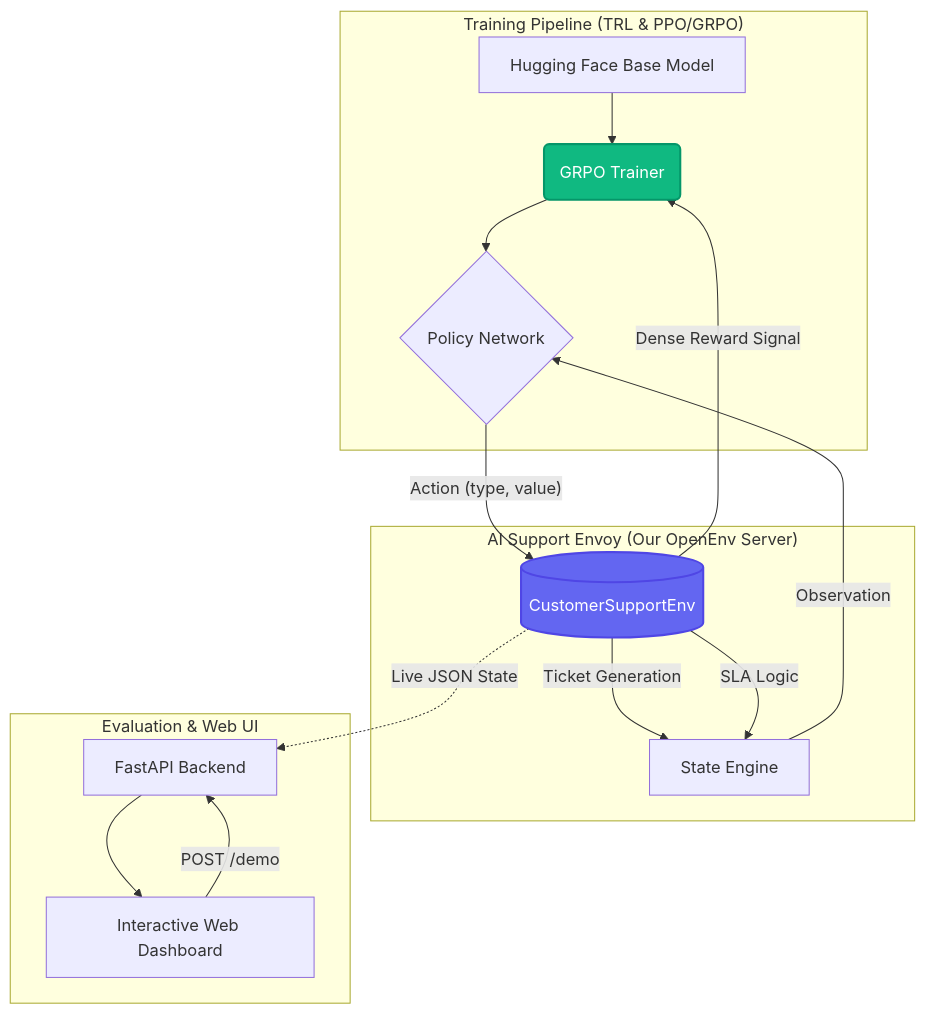
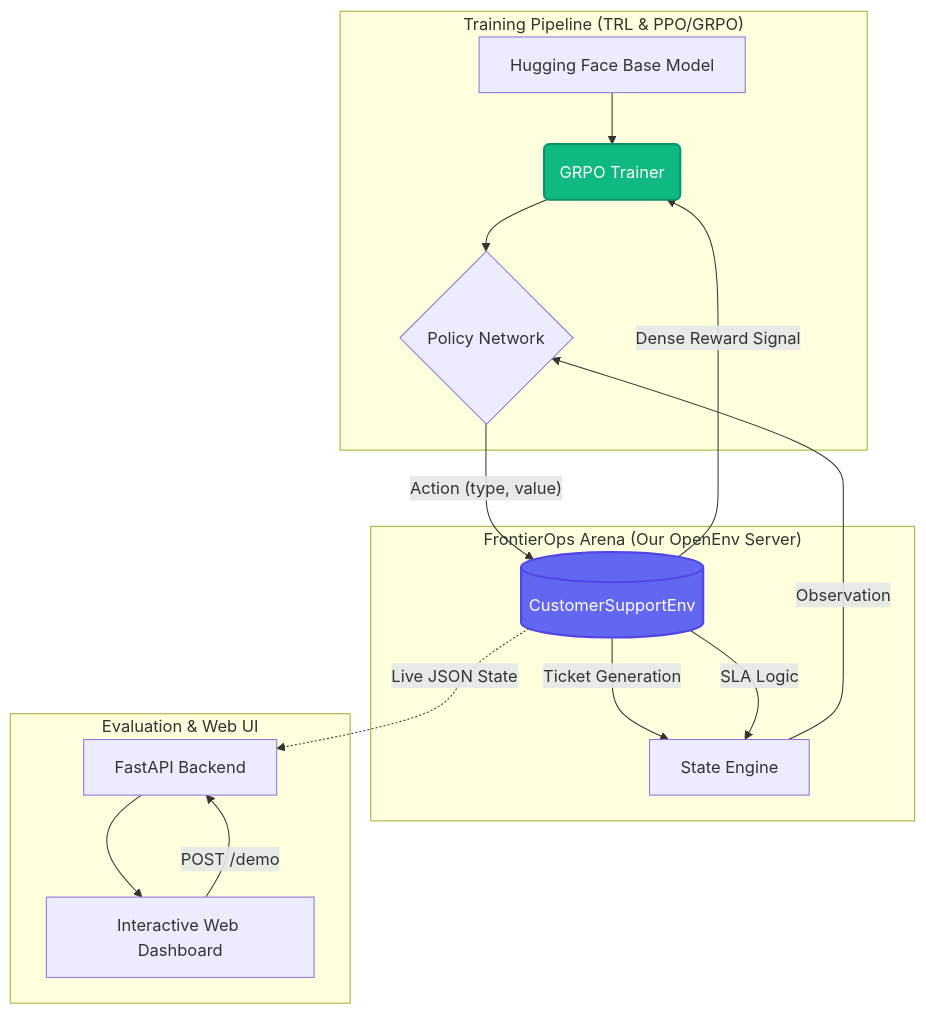
Before and after one commit to Puni2001/frontierops-arena: the first of 2 diagrams in pitch_deck.md, drawn with Mermaid. The commit also changed other lines of this file and 12 other files, not shown here.

````diff
--- a/pitch_deck.md
+++ b/pitch_deck.md
@@ -64,26 +64,26 @@
 ```mermaid
 graph TD
     subgraph "Training Pipeline (TRL & PPO/GRPO)"
         A["Hugging Face Base Model"] --> B("GRPO Trainer")
         B --> C{"Policy Network"}
     end
 
-    subgraph "AI Support Envoy (Our OpenEnv Server)"
+    subgraph "FrontierOps Arena (Our OpenEnv Server)"
         C -- "Action (type, value)" --> D[("CustomerSupportEnv")]
         D -- "Ticket Generation" --> E["State Engine"]
         D -- "SLA Logic" --> E
         E -- "Observation" --> C
         D -- "Dense Reward Signal" --> B
     end
 
     subgraph "Evaluation & Web UI"
         D -. "Live JSON State" .-> F["FastAPI Backend"]
         F --> G["Interactive Web Dashboard"]
         G -- "POST /demo" --> F
     end
 
     classDef core fill:#6366f1,stroke:#4f46e5,stroke-width:2px,color:#fff;
     classDef target fill:#10b981,stroke:#059669,stroke-width:2px,color:#fff;
     class D core;
     class B target;
 ```
````
